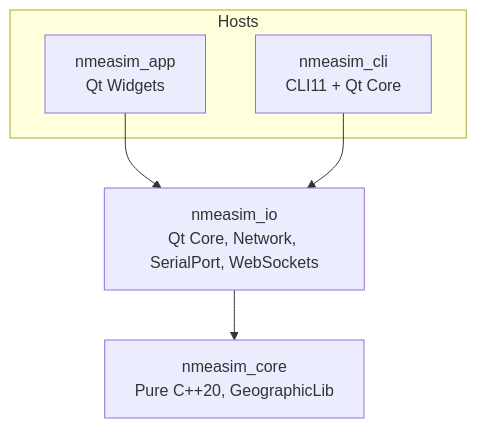
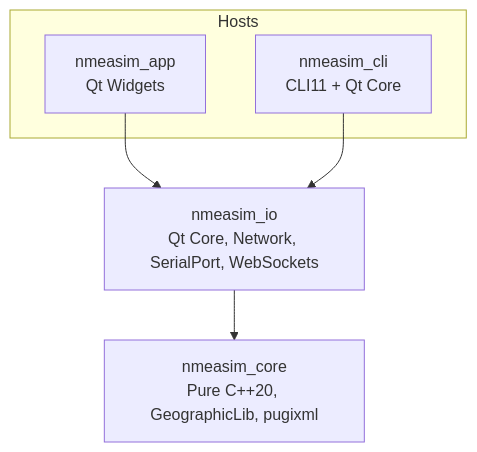
One commit to Dimitrios-Kafetzis/NMEA_Simulator_X changed the second of 3 diagrams in docs/explanation/architecture.md. Above: the diagram before and after it, drawn with Mermaid. The commit also changed other lines of this file and 55 other files, not shown here.

````diff
--- a/docs/explanation/architecture.md
+++ b/docs/explanation/architecture.md
@@ -21,12 +21,12 @@
 ```mermaid
 flowchart TB
     subgraph hosts [Hosts]
         app[nmeasim_app\nQt Widgets]
         cli[nmeasim_cli\nCLI11 + Qt Core]
     end
     io[nmeasim_io\nQt Core, Network, SerialPort, WebSockets]
-    core[nmeasim_core\nPure C++20, GeographicLib]
+    core[nmeasim_core\nPure C++20, GeographicLib, pugixml]
     app --> io
     cli --> io
     io --> core
 ```
````
